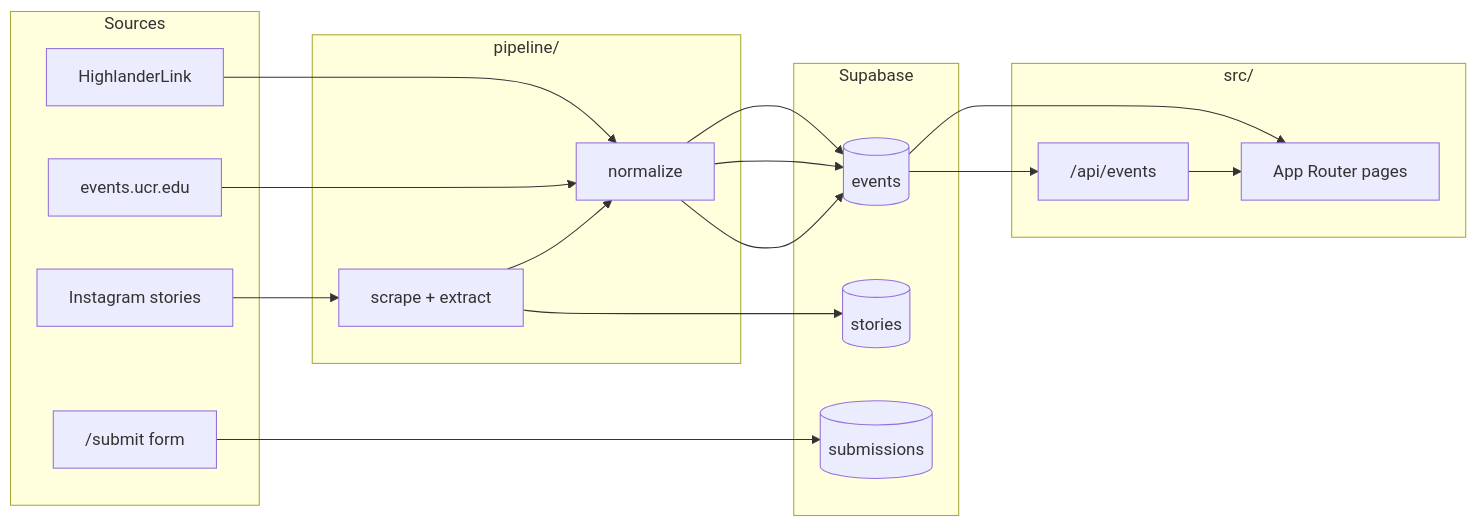
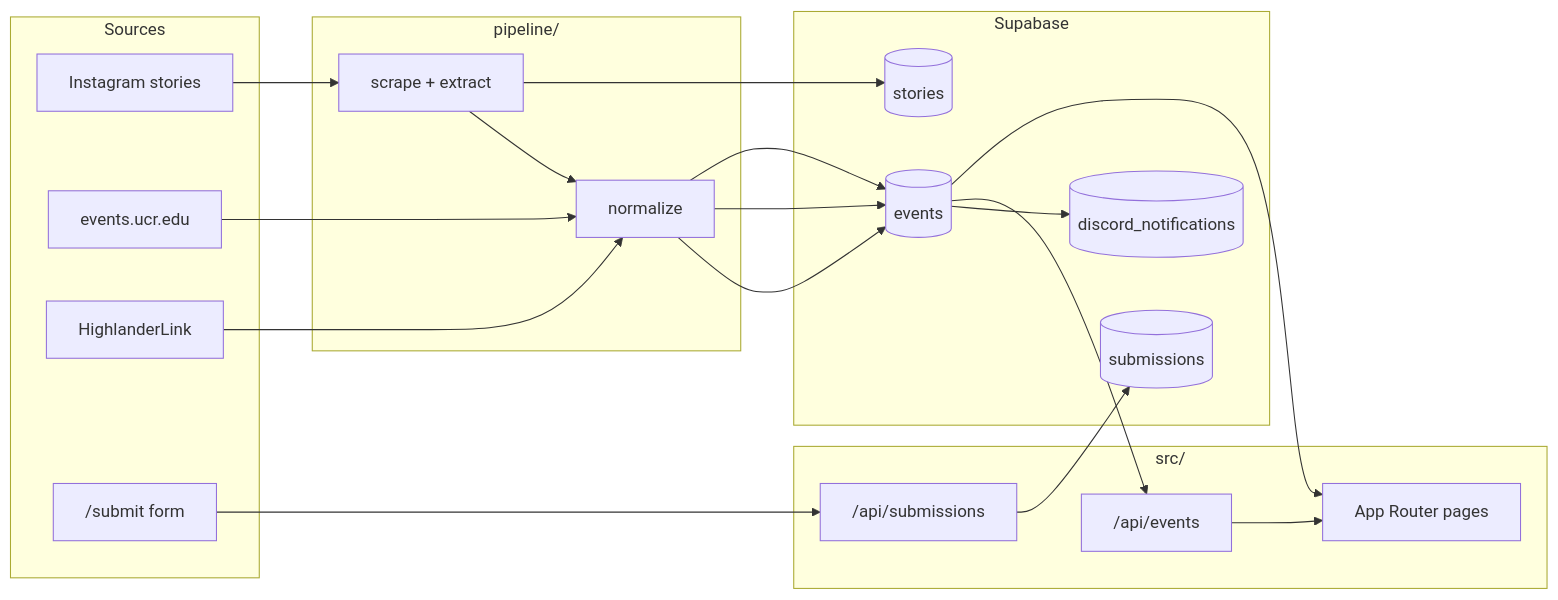
The diagram in docs/ARCHITECTURE.md (Highlander-Builders-Initiative/HighlanderHub), drawn with Mermaid before and after one commit. The commit also changed other lines of this file and 10 other files, not shown here.

Commit message:
feat: add Discord notification system for free food events and new user submissions

````diff
--- a/docs/ARCHITECTURE.md
+++ b/docs/ARCHITECTURE.md
@@ -7,34 +7,37 @@
 ```mermaid
 flowchart LR
   subgraph sources [Sources]
     IG[Instagram stories]
     UCR[events.ucr.edu]
     HL[HighlanderLink]
     SUB["/submit form"]
   end
 
   subgraph pipeline [pipeline/]
     SCR[scrape + extract]
     NORM[normalize]
   end
 
   subgraph db [Supabase]
     EV[(events)]
     ST[(stories)]
     SM[(submissions)]
+    DN[(discord_notifications)]
   end
 
   subgraph app [src/]
+    SUBAPI["/api/submissions"]
     API["/api/events"]
     UI["App Router pages"]
   end
 
   IG --> SCR --> NORM --> EV
   UCR --> NORM --> EV
   HL --> NORM --> EV
   SCR --> ST
-  SUB --> SM
+  SUB --> SUBAPI --> SM
+  EV --> DN
 
   EV --> API --> UI
   EV --> UI
 ```
````
